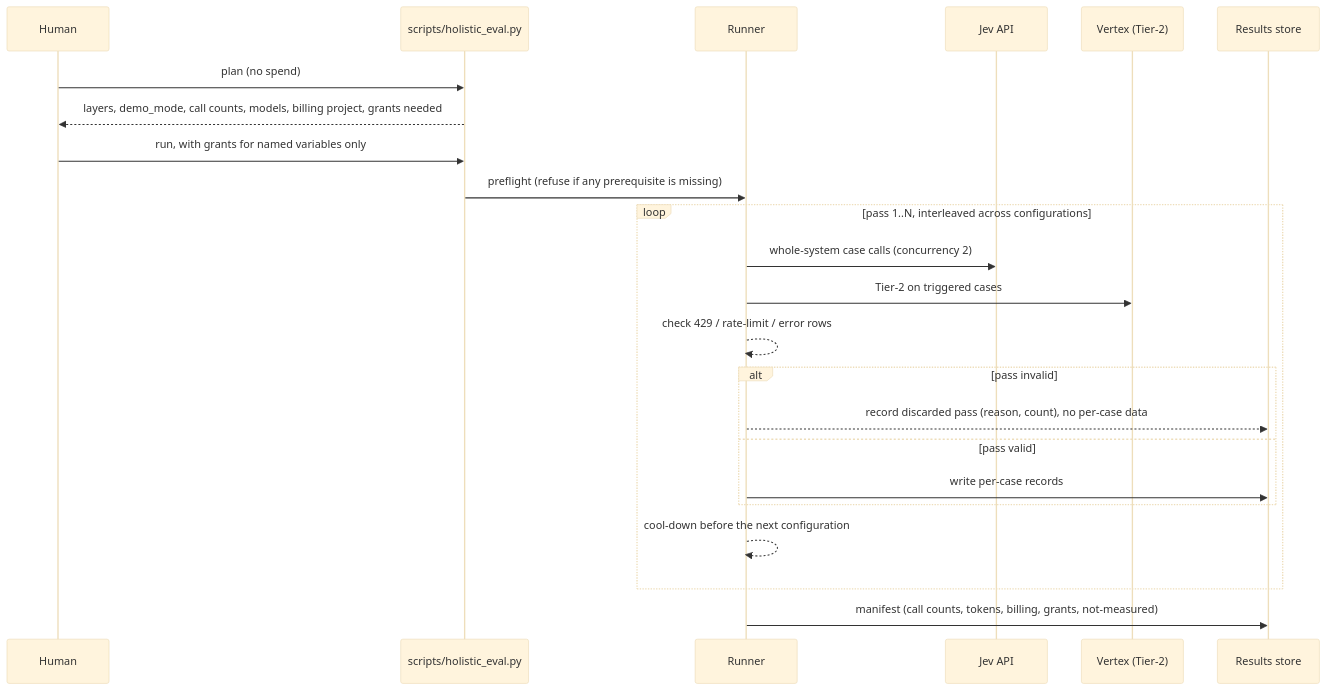
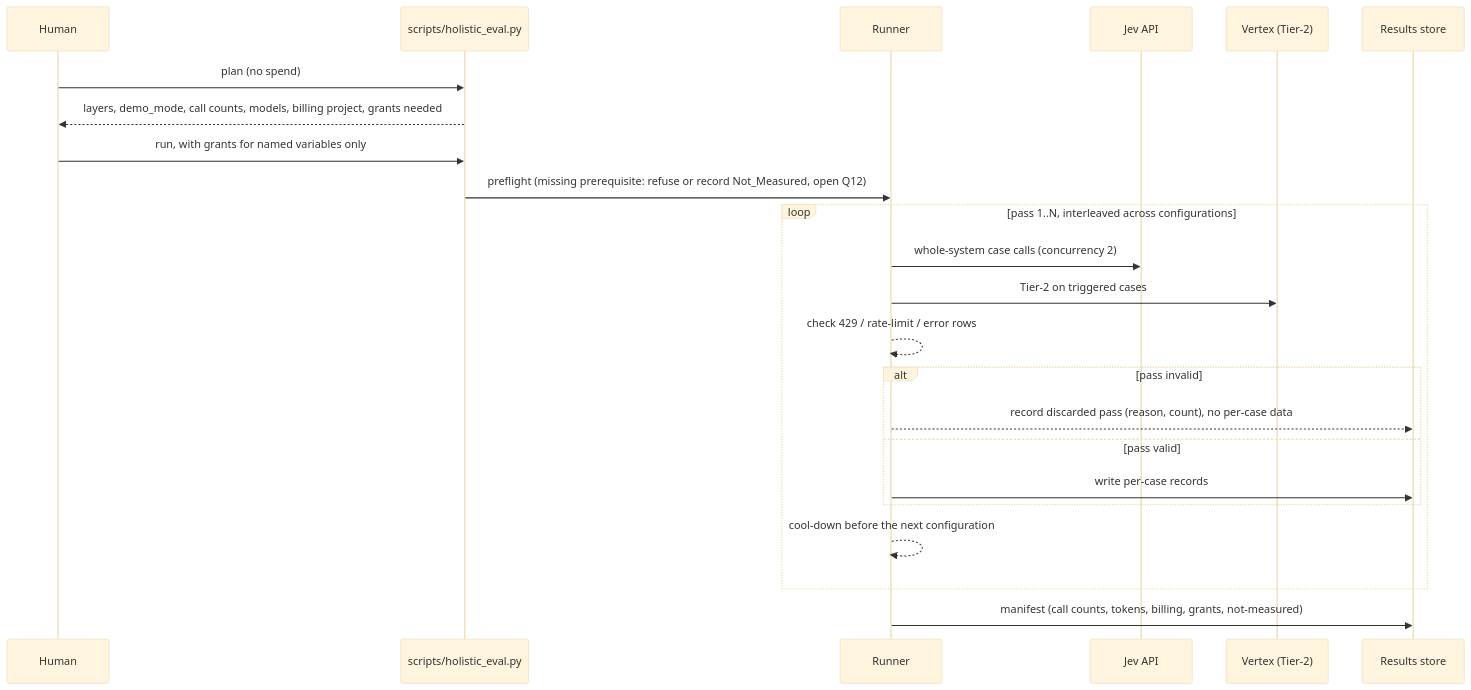
Before and after one commit to JAaron93/Blackwall: the second of 2 diagrams in .kiro/specs/holistic-defense-evaluation-harness/design.md, drawn with Mermaid (base theme). The commit also changed other lines of this file and 1 other file, not shown here.

````diff
--- a/.kiro/specs/holistic-defense-evaluation-harness/design.md
+++ b/.kiro/specs/holistic-defense-evaluation-harness/design.md
@@ -772,26 +823,26 @@
 ```mermaid
 sequenceDiagram
     participant H as Human
     participant CLI as scripts/holistic_eval.py
     participant R as Runner
     participant J as Jev API
     participant V as Vertex (Tier-2)
     participant S as Results store
 
     H->>CLI: plan (no spend)
     CLI-->>H: layers, demo_mode, call counts, models, billing project, grants needed
     H->>CLI: run, with grants for named variables only
-    CLI->>R: preflight (refuse if any prerequisite is missing)
+    CLI->>R: preflight (missing prerequisite: refuse or record Not_Measured, open Q12)
     loop pass 1..N, interleaved across configurations
         R->>J: whole-system case calls (concurrency 2)
         R->>V: Tier-2 on triggered cases
         R-->>R: check 429 / rate-limit / error rows
         alt pass invalid
             R-->>S: record discarded pass (reason, count), no per-case data
         else pass valid
             R->>S: write per-case records
         end
         R-->>R: cool-down before the next configuration
     end
     R->>S: manifest (call counts, tokens, billing, grants, not-measured)
 ```
````
